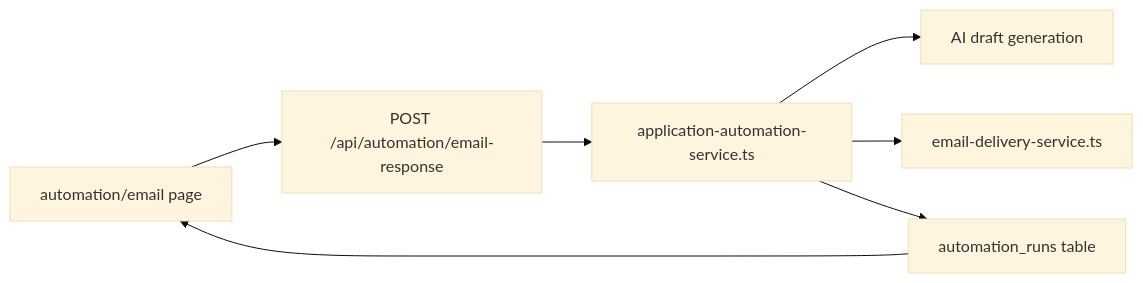
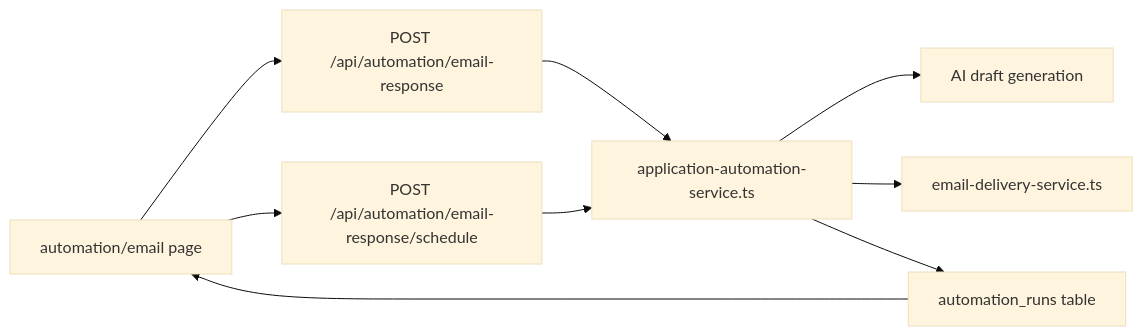
One commit to d4551/baobuildbuddy changed the third of 3 diagrams in docs/AUTOMATION.md. Above: the diagram before and after it, drawn with Mermaid (base theme). The commit also changed other lines of this file and 23 other files, not shown here.

````diff
--- a/docs/AUTOMATION.md
+++ b/docs/AUTOMATION.md
@@ -98,9 +125,11 @@
 ```mermaid
 flowchart LR
   UI["automation/email page"] --> Route["POST /api/automation/email-response"]
+  UI --> ScheduleRoute["POST /api/automation/email-response/schedule"]
   Route --> Service["application-automation-service.ts"]
+  ScheduleRoute --> Service
   Service --> AI["AI draft generation"]
   Service --> SMTP["email-delivery-service.ts"]
   Service --> Runs["automation_runs table"]
   Runs --> UI
 ```
````
